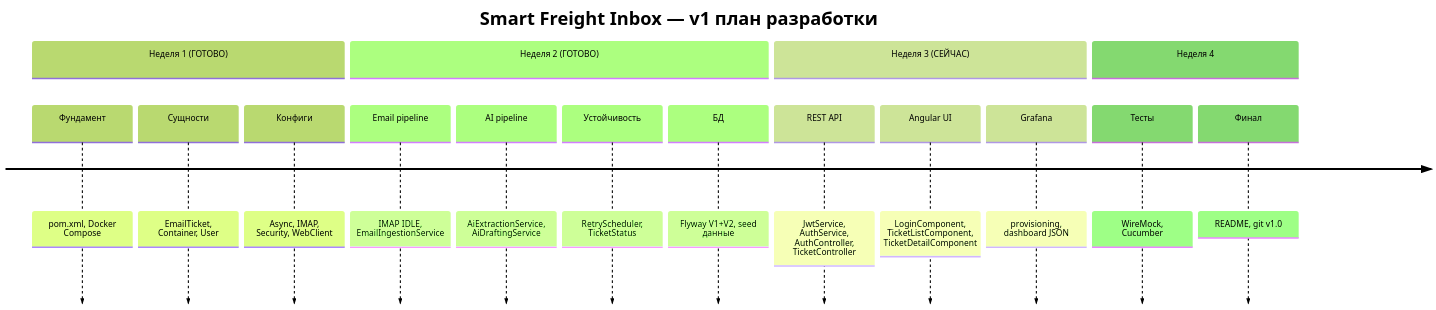
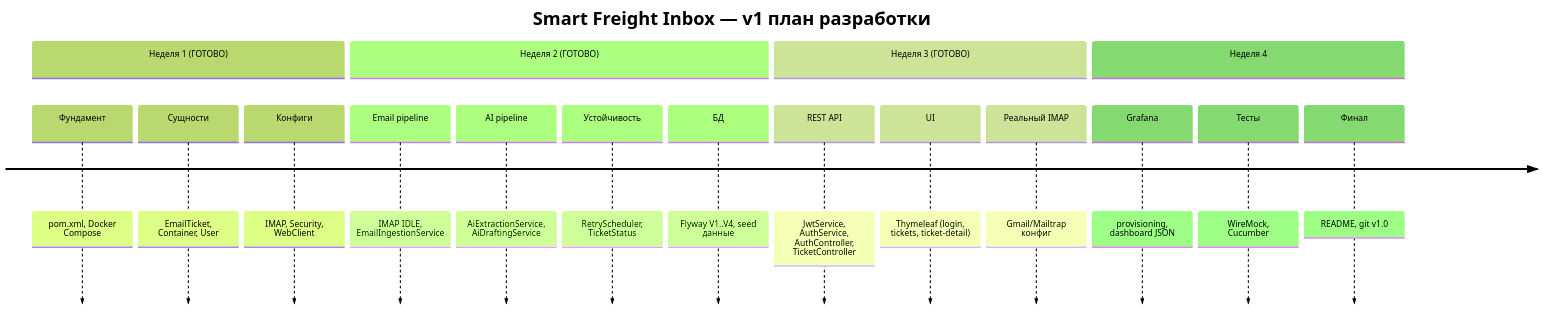
One commit to olegskel7-wq/smart-freight-inbox changed the ninth of 16 diagrams in docs/MERMAID_DIAGRAMS.md. Above: the diagram before and after it, drawn with Mermaid (forest theme). The commit also changed other lines of this file and 29 other files, not shown here.

````diff
--- a/docs/MERMAID_DIAGRAMS.md
+++ b/docs/MERMAID_DIAGRAMS.md
@@ -260,20 +269,21 @@
 ```mermaid
 timeline
   title Smart Freight Inbox — v1 план разработки
   section Неделя 1 (ГОТОВО)
     Фундамент : pom.xml, Docker Compose
     Сущности : EmailTicket, Container, User
-    Конфиги : Async, IMAP, Security, WebClient
+    Конфиги : IMAP, Security, WebClient
   section Неделя 2 (ГОТОВО)
     Email pipeline : IMAP IDLE, EmailIngestionService
     AI pipeline : AiExtractionService, AiDraftingService
     Устойчивость : RetryScheduler, TicketStatus
-    БД : Flyway V1+V2, seed данные
-  section Неделя 3 (СЕЙЧАС)
+    БД : Flyway V1..V4, seed данные
+  section Неделя 3 (ГОТОВО)
     REST API : JwtService, AuthService, AuthController, TicketController
-    Angular UI : LoginComponent, TicketListComponent, TicketDetailComponent
+    UI : Thymeleaf (login, tickets, ticket-detail)
+    Реальный IMAP : Gmail/Mailtrap конфиг
+  section Неделя 4
     Grafana : provisioning, dashboard JSON
-  section Неделя 4
     Тесты : WireMock, Cucumber
     Финал : README, git v1.0
 ```
````
